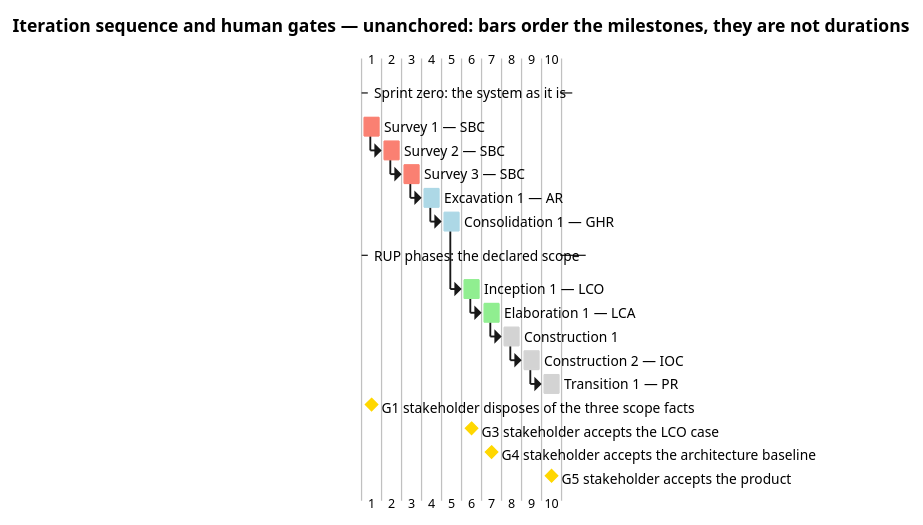
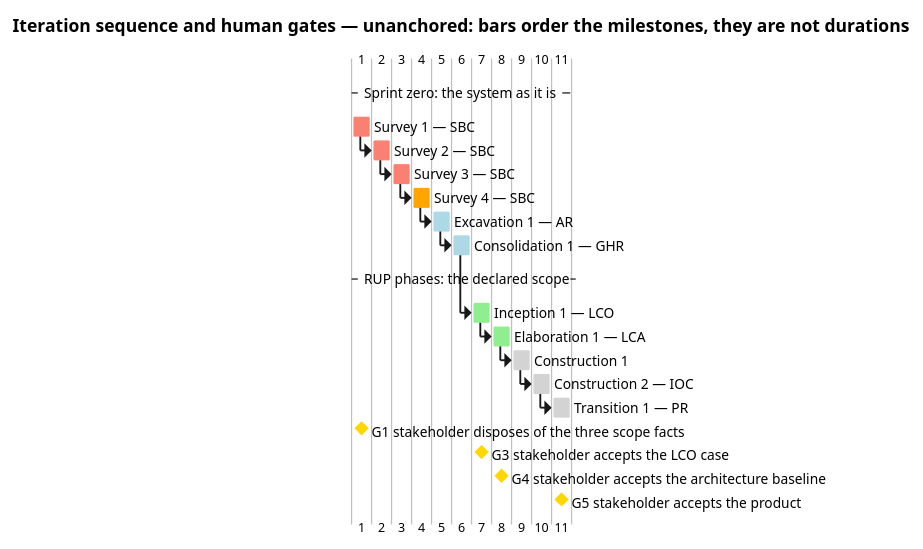
Before and after one commit to banense-test/TodoApp: the second of 4 diagrams in docs/artifacts/project-management/iteration-plan.md, drawn with PlantUML. The commit also changed other lines of this file, not shown here.

First line of the commit message:
Project Manager [Survey4]: upsert Iteration Plan

````diff
--- a/docs/artifacts/project-management/iteration-plan.md
+++ b/docs/artifacts/project-management/iteration-plan.md
@@ -91,60 +91,65 @@
 ```plantuml
 @startgantt
 title Iteration sequence and human gates — unanchored: bars order the milestones, they are not durations
 skinparam shadowing false
 
 -- Sprint zero: the system as it is --
 [Survey 1 — SBC] lasts 1 day
 [Survey 2 — SBC] lasts 1 day
 [Survey 3 — SBC] lasts 1 day
+[Survey 4 — SBC] lasts 1 day
 [Excavation 1 — AR] lasts 1 day
 [Consolidation 1 — GHR] lasts 1 day
 
 -- RUP phases: the declared scope --
 [Inception 1 — LCO] lasts 1 day
 [Elaboration 1 — LCA] lasts 1 day
 [Construction 1] lasts 1 day
 [Construction 2 — IOC] lasts 1 day
 [Transition 1 — PR] lasts 1 day
 
 [Survey 2 — SBC] starts at [Survey 1 — SBC]'s end
 [Survey 3 — SBC] starts at [Survey 2 — SBC]'s end
-[Excavation 1 — AR] starts at [Survey 3 — SBC]'s end
+[Survey 4 — SBC] starts at [Survey 3 — SBC]'s end
+[Excavation 1 — AR] starts at [Survey 4 — SBC]'s end
 [Consolidation 1 — GHR] starts at [Excavation 1 — AR]'s end
 [Inception 1 — LCO] starts at [Consolidation 1 — GHR]'s end
 [Elaboration 1 — LCA] starts at [Inception 1 — LCO]'s end
 [Construction 1] starts at [Elaboration 1 — LCA]'s end
 [Construction 2 — IOC] starts at [Construction 1]'s end
 [Transition 1 — PR] starts at [Construction 2 — IOC]'s end
 
 [G1 stakeholder disposes of the three scope facts] happens at [Survey 1 — SBC]'s end
 [G3 stakeholder accepts the LCO case] happens at [Inception 1 — LCO]'s end
 [G4 stakeholder accepts the architecture baseline] happens at [Elaboration 1 — LCA]'s end
 [G5 stakeholder accepts the product] happens at [Transition 1 — PR]'s end
 
 [Survey 1 — SBC] is colored in Salmon
 [Survey 2 — SBC] is colored in Salmon
 [Survey 3 — SBC] is colored in Salmon
+[Survey 4 — SBC] is colored in Orange
 [Excavation 1 — AR] is colored in LightBlue
 [Consolidation 1 — GHR] is colored in LightBlue
 [Inception 1 — LCO] is colored in LightGreen
 [Elaboration 1 — LCA] is colored in LightGreen
 [Construction 1] is colored in LightGray
 [Construction 2 — IOC] is colored in LightGray
 [Transition 1 — PR] is colored in LightGray
 [G1 stakeholder disposes of the three scope facts] is colored in Gold
 [G3 stakeholder accepts the LCO case] is colored in Gold
 [G4 stakeholder accepts the architecture baseline] is colored in Gold
 [G5 stakeholder accepts the product] is colored in Gold
 
 note bottom
   Every bar is the renderer's unit step, placed only to order the milestones:
   no iteration in this project has a measured elapsed time, so none is
   quoted and no bar is a duration. No project start date is given, because
   none has been measured. The four gold markers are human gates: queue time,
   not work — ceiling 14 days each (R026), estimate none, the actual reported
-  apart from agent time once the gate closes. The perimeter's confirmation is
-  not a gate of its own: it was obtained at the SBC gate of 2026-11-14.
+  apart from agent time once the gate closes. Survey 4 is the current
+  iteration, marked apart from the three closed ones. The perimeter's
+  confirmation is not a gate of its own: it was obtained at the SBC gate
+  of 2026-11-14.
 end note
 @endgantt
 ```
````
